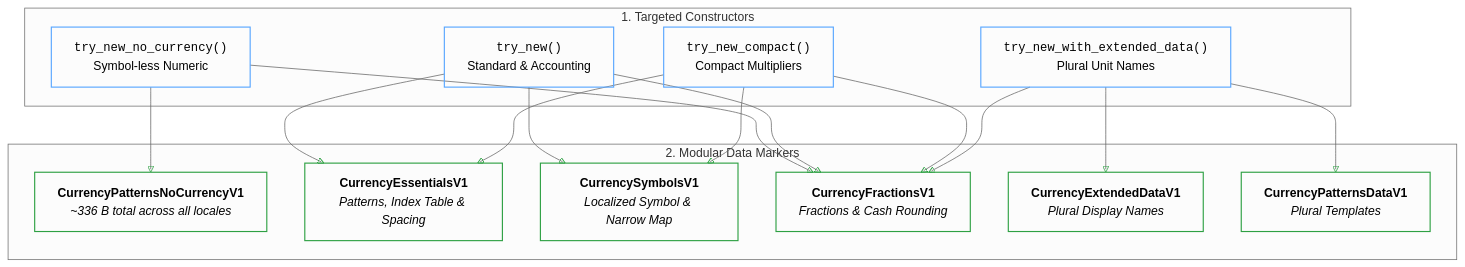
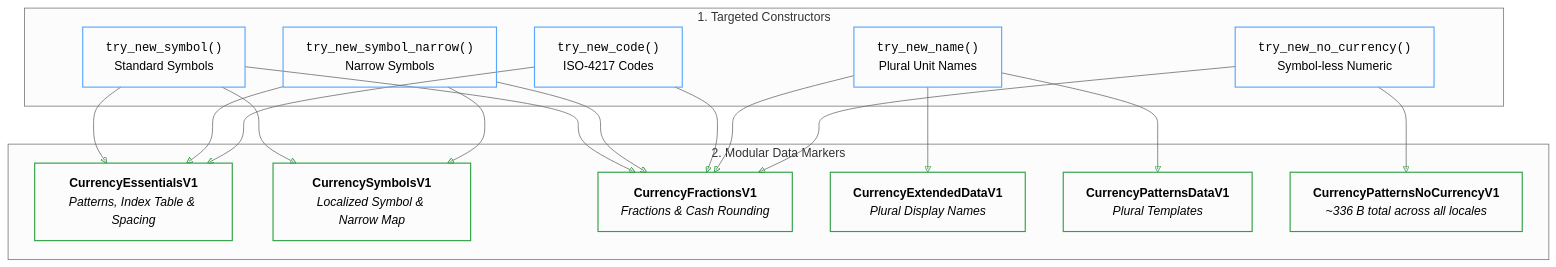
One commit to unicode-org/icu4x changed the third of 4 diagrams in documents/design/number/currency_formatter.md. Above: the diagram before and after it, drawn with Mermaid (neutral theme). The commit also changed other lines of this file, not shown here.

Commit message:
docs(currency): update tracking issues with Epic #8159 and Issue #8327

````diff
--- a/documents/design/number/currency_formatter.md
+++ b/documents/design/number/currency_formatter.md
@@ -135,36 +143,40 @@
 ```mermaid
 graph TD
     classDef constructor stroke:#58a6ff,stroke-width:1.5px,fill:none;
     classDef marker stroke:#2ea043,stroke-width:1.5px,fill:none;
 
     subgraph Constructors["1. Targeted Constructors"]
+        C_Sym["<code>try_new_symbol()</code><br>Standard Symbols"]:::constructor
+        C_Nar["<code>try_new_symbol_narrow()</code><br>Narrow Symbols"]:::constructor
+        C_Code["<code>try_new_code()</code><br>ISO-4217 Codes"]:::constructor
+        C_Name["<code>try_new_name()</code><br>Plural Unit Names"]:::constructor
         C_NoCur["<code>try_new_no_currency()</code><br>Symbol-less Numeric"]:::constructor
-        C_Std["<code>try_new()</code><br>Standard & Accounting"]:::constructor
-        C_Compact["<code>try_new_compact()</code><br>Compact Multipliers"]:::constructor
-        C_Ext["<code>try_new_with_extended_data()</code><br>Plural Unit Names"]:::constructor
     end
 
     subgraph Markers["2. Modular Data Markers"]
-        M_NoCur["<b>CurrencyPatternsNoCurrencyV1</b><br><i>~336 B total across all locales</i>"]:::marker
         M_Ess["<b>CurrencyEssentialsV1</b><br><i>Patterns, Index Table & Spacing</i>"]:::marker
         M_Sym["<b>CurrencySymbolsV1</b><br><i>Localized Symbol & Narrow Map</i>"]:::marker
         M_Frac["<b>CurrencyFractionsV1</b><br><i>Fractions & Cash Rounding</i>"]:::marker
         M_Ext["<b>CurrencyExtendedDataV1</b><br><i>Plural Display Names</i>"]:::marker
         M_Pat["<b>CurrencyPatternsDataV1</b><br><i>Plural Templates</i>"]:::marker
+        M_NoCur["<b>CurrencyPatternsNoCurrencyV1</b><br><i>~336 B total across all locales</i>"]:::marker
     end
+
+    C_Sym --> M_Ess
+    C_Sym --> M_Sym
+    C_Sym --> M_Frac
+
+    C_Nar --> M_Ess
+    C_Nar --> M_Sym
+    C_Nar --> M_Frac
+
+    C_Code --> M_Ess
+    C_Code --> M_Frac
+
+    C_Name --> M_Ext
+    C_Name --> M_Pat
+    C_Name --> M_Frac
 
     C_NoCur --> M_NoCur
     C_NoCur --> M_Frac
-
-    C_Std --> M_Ess
-    C_Std --> M_Sym
-    C_Std --> M_Frac
-
-    C_Compact --> M_Ess
-    C_Compact --> M_Sym
-    C_Compact --> M_Frac
-
-    C_Ext --> M_Ext
-    C_Ext --> M_Pat
-    C_Ext --> M_Frac
 ```
````
